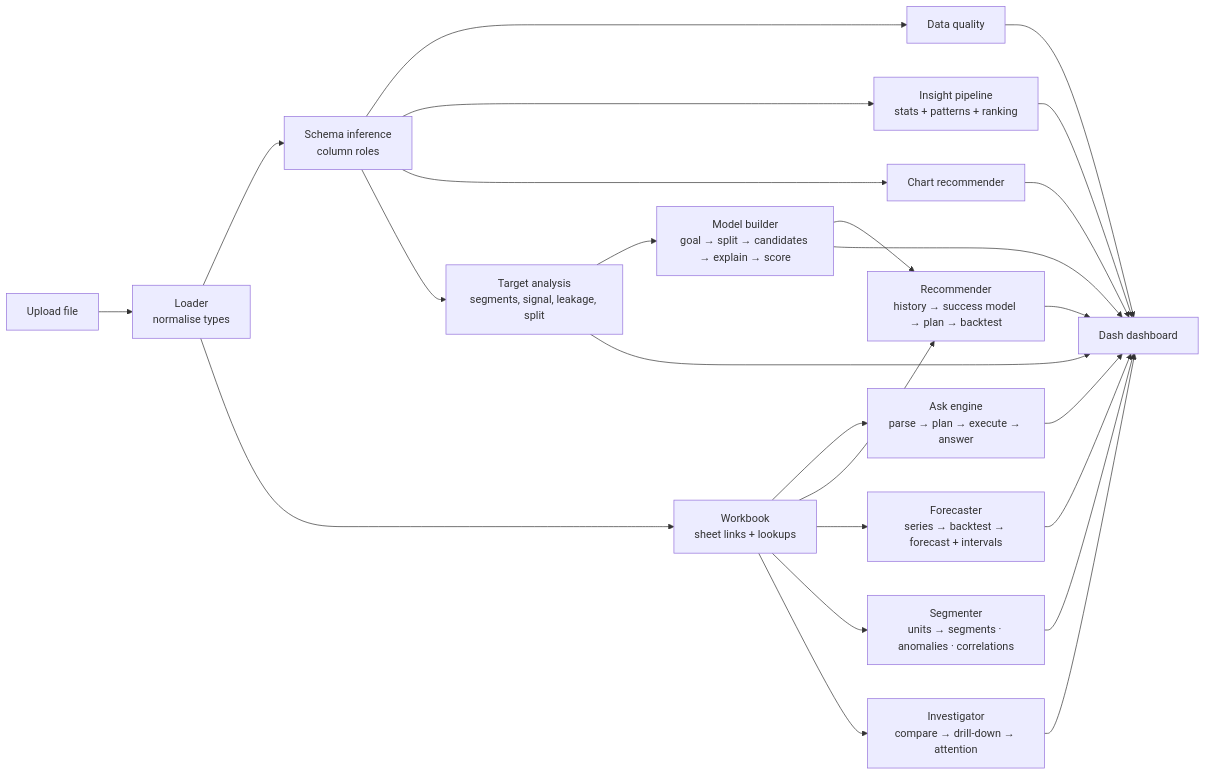
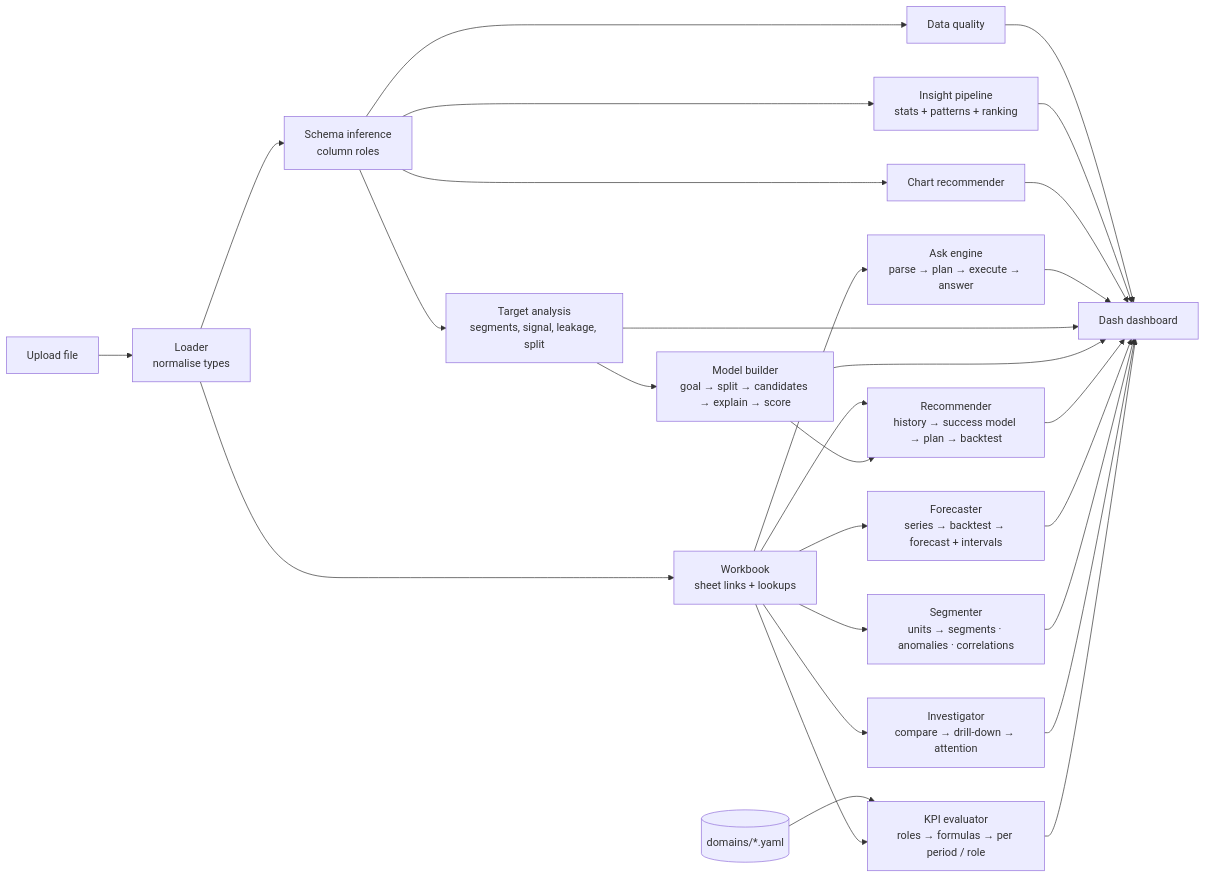
Before and after one commit to kulkarniDurvesh/ai-data-scientist-platform: the diagram in README.md, drawn with Mermaid. The commit also changed other lines of this file and 15 other files, not shown here.

````diff
--- a/README.md
+++ b/README.md
@@ -215,18 +231,20 @@
 ```mermaid
 flowchart LR
     A[Upload file] --> B[Loader<br/>normalise types]
     B --> C[Schema inference<br/>column roles]
     C --> D[Data quality]
     C --> E[Insight pipeline<br/>stats + patterns + ranking]
     C --> F[Chart recommender]
     B --> W[Workbook<br/>sheet links + lookups]
     W --> Q[Ask engine<br/>parse → plan → execute → answer]
     C --> T[Target analysis<br/>segments, signal, leakage, split]
     T --> M[Model builder<br/>goal → split → candidates → explain → score]
     W --> R[Recommender<br/>history → success model → plan → backtest]
     M --> R
     W --> FC[Forecaster<br/>series → backtest → forecast + intervals]
     W --> SG[Segmenter<br/>units → segments · anomalies · correlations]
     W --> WY[Investigator<br/>compare → drill-down → attention]
-    D & E & F & Q & T & M & R & FC & SG & WY --> UI[Dash dashboard]
+    DF[(domains/*.yaml)] --> KP[KPI evaluator<br/>roles → formulas → per period / role]
+    W --> KP
+    D & E & F & Q & T & M & R & FC & SG & WY & KP --> UI[Dash dashboard]
 ```
````
